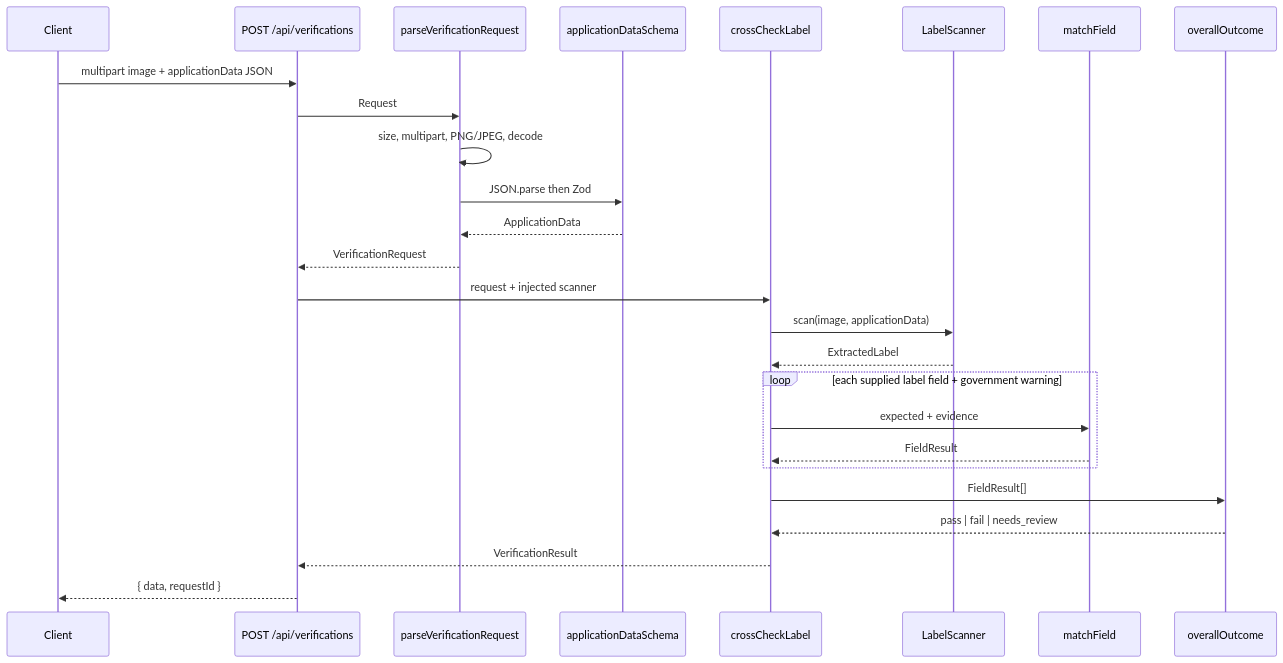
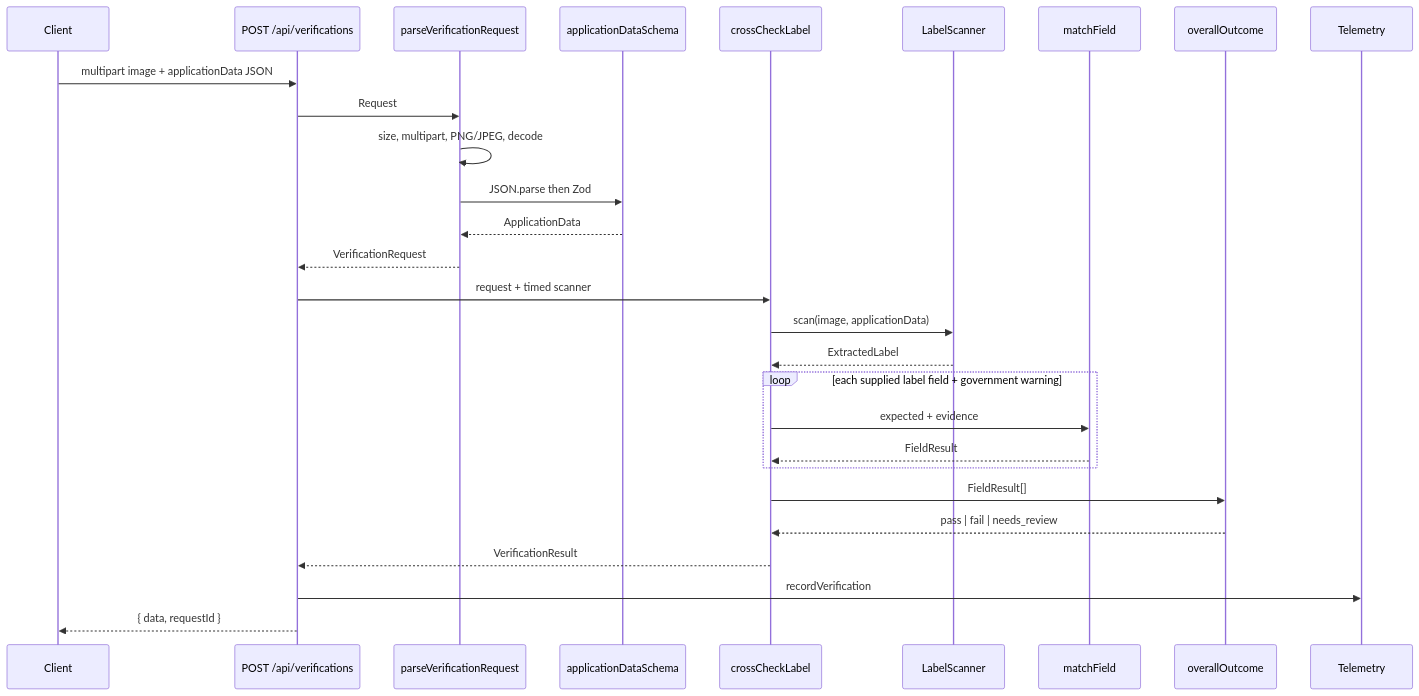
One commit to Jransom33/TTB_label_verifier changed the second of 4 diagrams in architecture.md. Above: the diagram before and after it, drawn with Mermaid. The commit also changed other lines of this file and 8 other files, not shown here.

Commit message:
added telemetry that sanitizes the error outputs so that no information in the request is logged such as the image or label fields information

````diff
--- a/architecture.md
+++ b/architecture.md
@@ -61,29 +65,31 @@
 ```mermaid
 sequenceDiagram
   participant Client
   participant Route as POST /api/verifications
   participant Guard as parseVerificationRequest
   participant Schema as applicationDataSchema
   participant UC as crossCheckLabel
   participant Scanner as LabelScanner
   participant Match as matchField
   participant Fold as overallOutcome
+  participant Telemetry as Telemetry
 
   Client->>Route: multipart image + applicationData JSON
   Route->>Guard: Request
   Guard->>Guard: size, multipart, PNG/JPEG, decode
   Guard->>Schema: JSON.parse then Zod
   Schema-->>Guard: ApplicationData
   Guard-->>Route: VerificationRequest
-  Route->>UC: request + injected scanner
+  Route->>UC: request + timed scanner
   UC->>Scanner: scan(image, applicationData)
   Scanner-->>UC: ExtractedLabel
   loop each supplied label field + government warning
     UC->>Match: expected + evidence
     Match-->>UC: FieldResult
   end
   UC->>Fold: FieldResult[]
   Fold-->>UC: pass | fail | needs_review
   UC-->>Route: VerificationResult
+  Route->>Telemetry: recordVerification
   Route-->>Client: { data, requestId }
 ```
````
